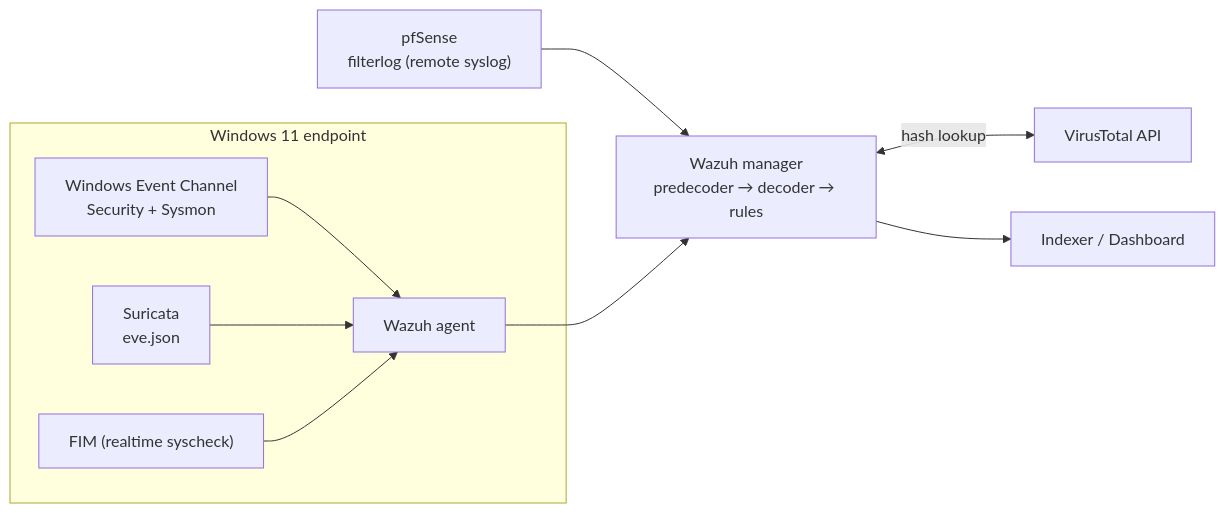
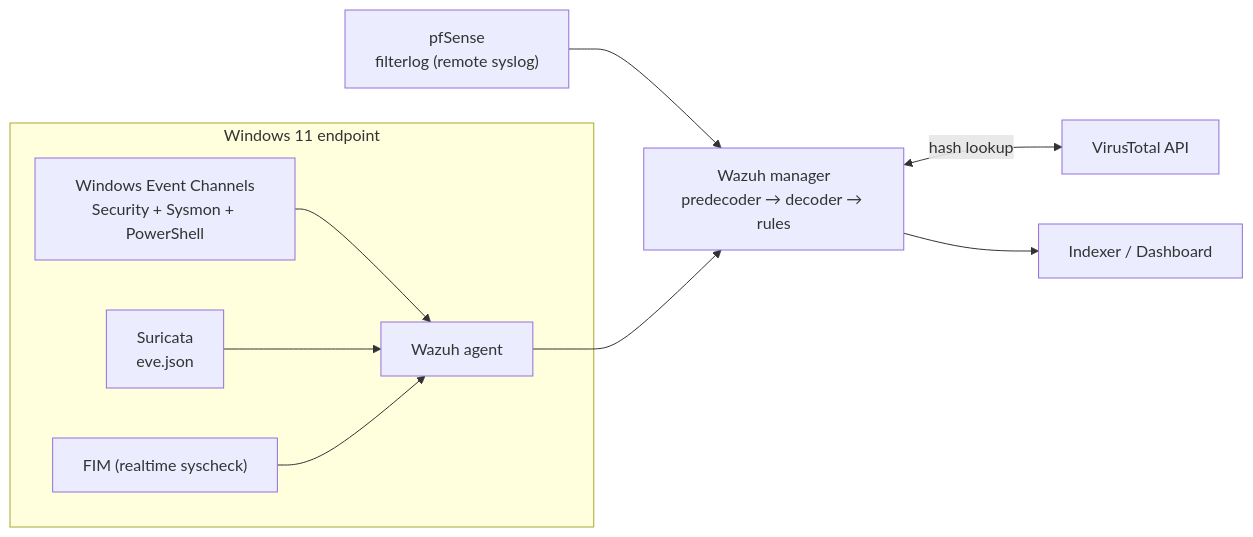
Before and after one commit to Khoavo-187/Wazuh-siem-home-lab: the diagram in docs/03-Detection-engineering.md, drawn with Mermaid. The commit also changed other lines of this file and 1 other file, not shown here.

````diff
--- a/docs/03-Detection-engineering.md
+++ b/docs/03-Detection-engineering.md
@@ -32,14 +32,14 @@
 ```mermaid
 flowchart LR
   PF["pfSense<br/>filterlog (remote syslog)"] --> MGR
 
   subgraph EP["Windows 11 endpoint"]
-    WIN["Windows Event Channel<br/>Security + Sysmon"] --> AG["Wazuh agent"]
+    WIN["Windows Event Channels<br/>Security + Sysmon + PowerShell"] --> AG["Wazuh agent"]
     SU["Suricata<br/>eve.json"] --> AG
     FIM["FIM (realtime syscheck)"] --> AG
   end
 
   AG --> MGR["Wazuh manager<br/>predecoder → decoder → rules"]
   MGR <-->|"hash lookup"| VT["VirusTotal API"]
   MGR --> DASH["Indexer / Dashboard"]
 ```
````
